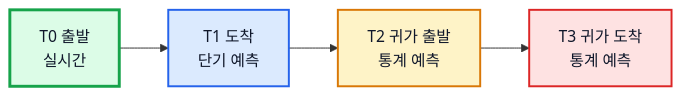
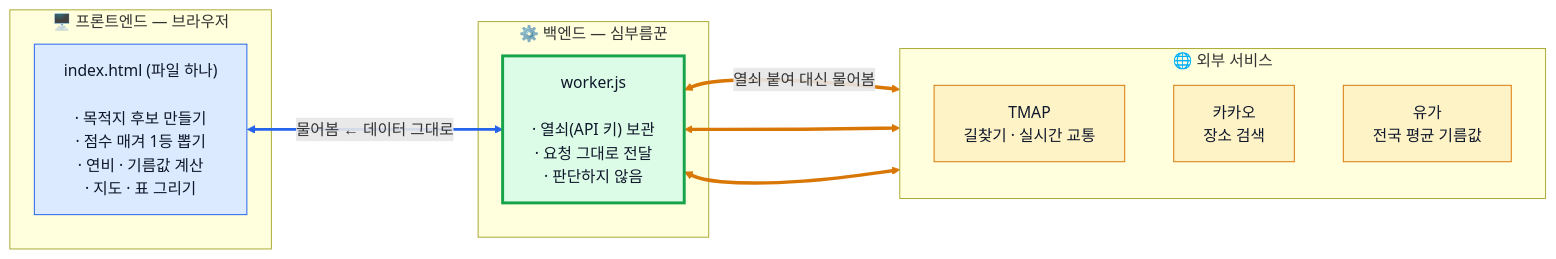
One commit to rome777/aiffel_test changed the first of 2 diagrams in SPEC.md. Above: the diagram before and after it, drawn with Mermaid. The commit also changed other lines of this file and 6 other files, not shown here.

````diff
--- a/SPEC.md
+++ b/SPEC.md
@@ -119,14 +13,27 @@
 ```mermaid
 graph LR
-    T0["T0 출발<br/>실시간"] --> T1["T1 도착<br/>단기 예측"]
-    T1 --> T2["T2 귀가 출발<br/>통계 예측"]
-    T2 --> T3["T3 귀가 도착<br/>통계 예측"]
-    classDef live fill:#dcfce7,stroke:#16a34a,stroke-width:3px,color:#0f172a
-    classDef near fill:#dbeafe,stroke:#2563eb,stroke-width:2px,color:#0f172a
-    classDef stat fill:#fef3c7,stroke:#d97706,stroke-width:2px,color:#0f172a
-    classDef far fill:#fee2e2,stroke:#dc2626,stroke-width:2px,color:#0f172a
-    class T0 live
-    class T1 near
-    class T2 stat
-    class T3 far
+    subgraph FE["🖥️ 프론트엔드 — 브라우저"]
+        F["index.html (파일 하나)<br/><br/>· 목적지 후보 만들기<br/>· 점수 매겨 1등 뽑기<br/>· 연비 · 기름값 계산<br/>· 지도 · 표 그리기"]
+    end
+    subgraph BE["⚙️ 백엔드 — 심부름꾼"]
+        B["worker.js<br/><br/>· 열쇠(API 키) 보관<br/>· 요청 그대로 전달<br/>· 판단하지 않음"]
+    end
+    subgraph EX["🌐 외부 서비스"]
+        direction TB
+        E1["TMAP<br/>길찾기 · 실시간 교통"]
+        E2["카카오<br/>장소 검색"]
+        E3["유가<br/>전국 평균 기름값"]
+    end
+    F <==>|"물어봄 ← 데이터 그대로"| B
+    B <==>|"열쇠 붙여 대신 물어봄"| E1
+    B <==> E2
+    B <==> E3
+    classDef fe fill:#dbeafe,stroke:#2563eb,color:#0f172a
+    classDef be fill:#dcfce7,stroke:#16a34a,stroke-width:3px,color:#0f172a
+    classDef ex fill:#fef3c7,stroke:#d97706,color:#0f172a
+    class F fe
+    class B be
+    class E1,E2,E3 ex
+    linkStyle 0 stroke:#2563eb,stroke-width:3px
+    linkStyle 1,2,3 stroke:#d97706
 ```
````
